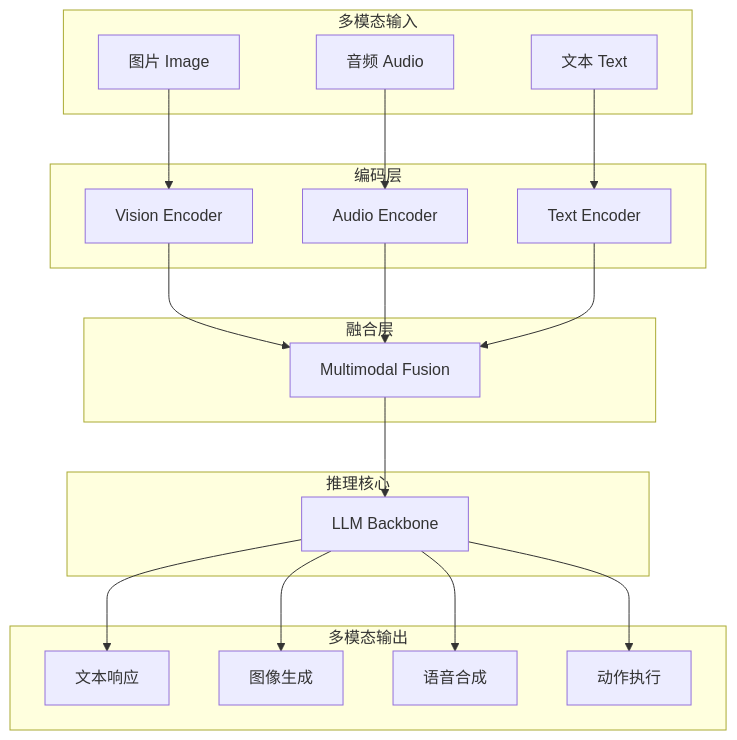
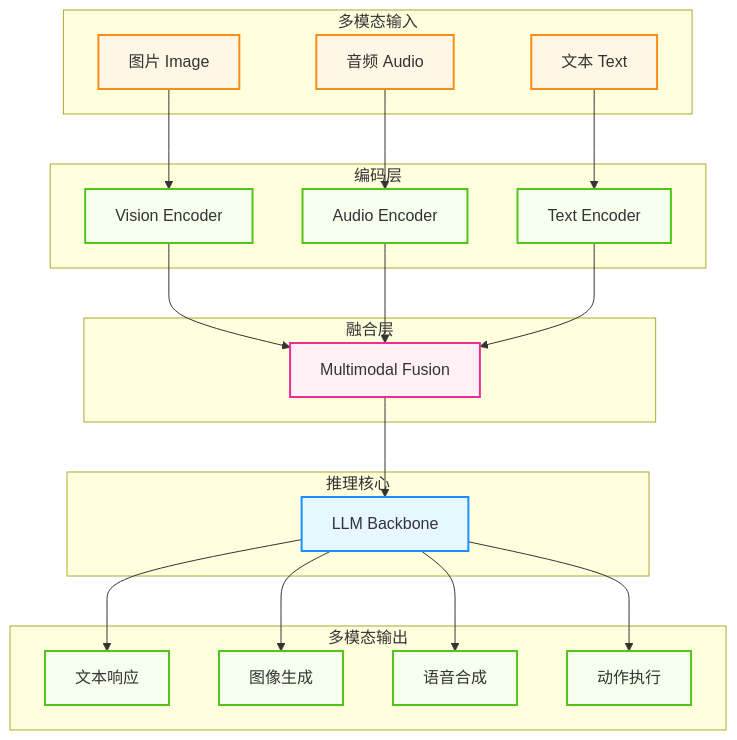
The fifth of 5 diagrams in 04_tools/4.6_multimodal.md (yeasy/agentic_ai_guide), drawn with Mermaid before and after one commit. The commit also changed other lines of this file and 36 other files, not shown here.

````diff
--- a/04_tools/4.6_multimodal.md
+++ b/04_tools/4.6_multimodal.md
@@ -331,41 +362,53 @@
 ```mermaid
 graph TD
+    %% Agentic Design System
+    classDef agent fill:#e6f7ff,stroke:#1890ff,stroke-width:2px;
+    classDef tool fill:#f6ffed,stroke:#52c41a,stroke-width:2px;
+    classDef user fill:#fff7e6,stroke:#fa8c16,stroke-width:2px;
+    classDef memory fill:#fff0f6,stroke:#eb2f96,stroke-width:2px;
+
     subgraph Input["多模态输入"]
         I1[图片 Image]
         I2[音频 Audio]
         I3[文本 Text]
     end
     
     subgraph Encode["编码层"]
         E1[Vision Encoder]
         E2[Audio Encoder]
         E3[Text Encoder]
     end
     
     subgraph Fusion["融合层"]
         F[Multimodal Fusion]
     end
     
     subgraph Core["推理核心"]
         C[LLM Backbone]
     end
     
     subgraph Output["多模态输出"]
         O1[文本响应]
         O2[图像生成]
         O3[语音合成]
         O4[动作执行]
     end
     
     I1 --> E1
     I2 --> E2
     I3 --> E3
     
     E1 & E2 & E3 --> F
     F --> C
     
     C --> O1
     C --> O2
     C --> O3
     C --> O4
+    
+    class I1,I2,I3 user;
+    class E1,E2,E3 tool;
+    class F memory;
+    class C agent;
+    class O1,O2,O3,O4 tool;
 ```
````
